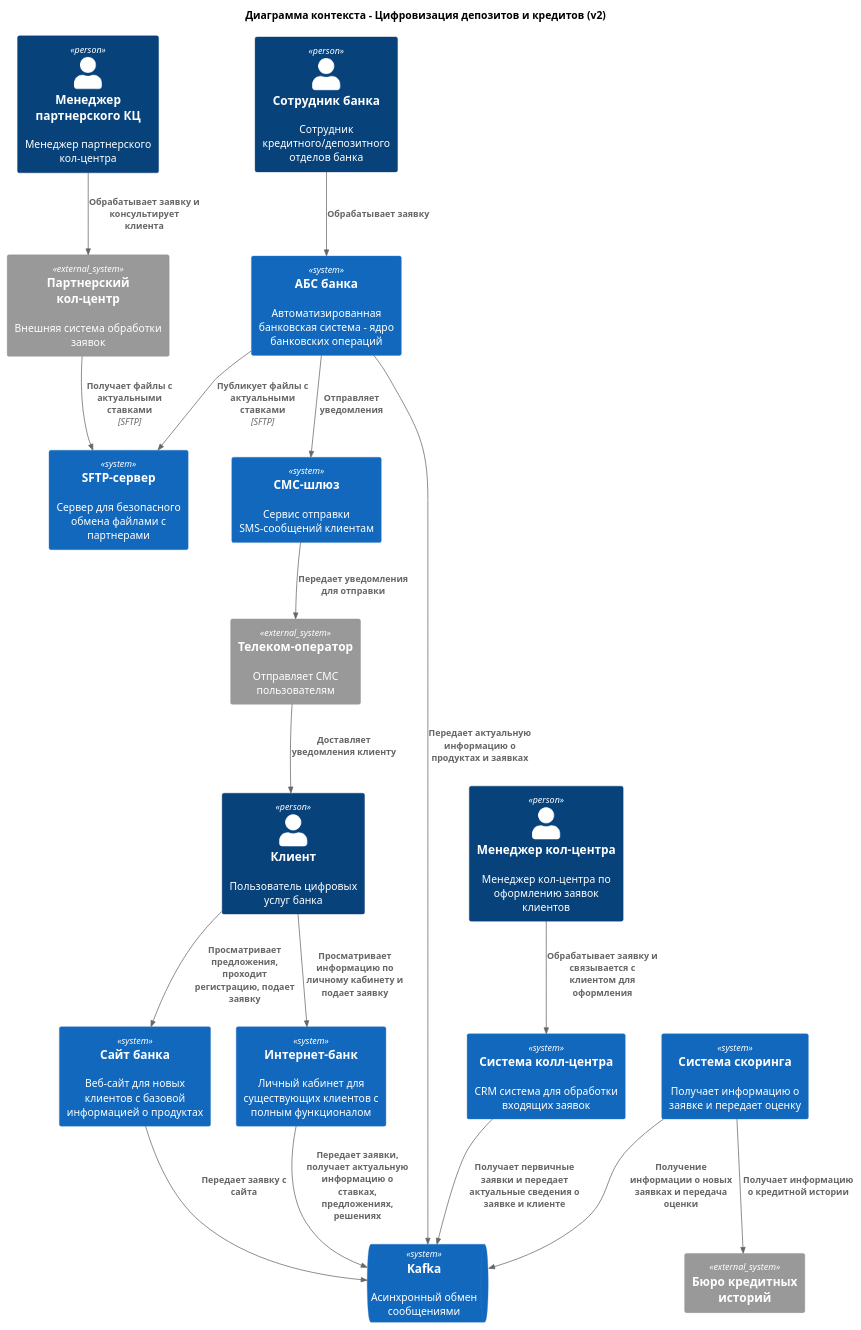
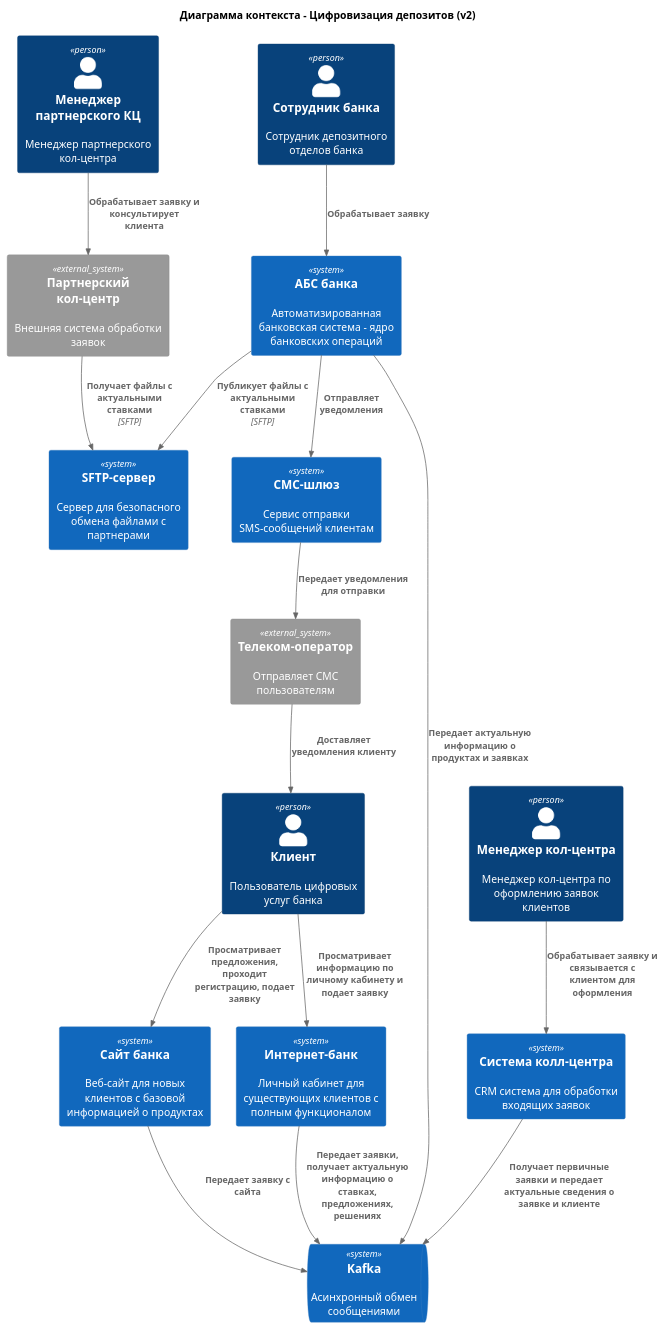
The diagram in Task4/diagrams/Context.puml (xSparKIx/architecture-pro-standart), drawn with PlantUML before and after one commit. The commit also changed 18 other files, not shown here.

```diff
--- a/Task4/diagrams/Context.puml
+++ b/Task4/diagrams/Context.puml
@@ -1,52 +1,48 @@
 @startuml context_diagram
 
 !include ../templates/C4_Context.puml
 
-title Диаграмма контекста - Цифровизация депозитов и кредитов (v2)
+title Диаграмма контекста - Цифровизация депозитов (v2)
 
 Person(client, "Клиент", "Пользователь цифровых услуг банка")
-Person(manager, "Сотрудник банка", "Сотрудник кредитного/депозитного отделов банка")
+Person(manager, "Сотрудник банка", "Сотрудник депозитного отделов банка")
 Person(CallManager, "Менеджер кол-центра", "Менеджер кол-центра по оформлению заявок клиентов")
 Person(PartnerCallManager, "Менеджер партнерского КЦ", "Менеджер партнерского кол-центра")
 
 System(site, "Сайт банка", "Веб-сайт для новых клиентов с базовой информацией о продуктах")
 System(InternetBank, "Интернет-банк", "Личный кабинет для существующих клиентов с полным функционалом")
 System(abc, "АБС банка", "Автоматизированная банковская система - ядро банковских операций")
 System(CallCenter, "Система колл-центра", "CRM система для обработки входящих заявок")
 System_Ext(PartnerCallCenter, "Партнерский кол-центр", "Внешняя система обработки заявок")
 System(SMSGateway, "СМС-шлюз", "Сервис отправки SMS-сообщений клиентам")
 System_Ext(SMSService, "Телеком-оператор", "Отправляет СМС пользователям")
-System_Ext(KreditHistorySystem, "Бюро кредитных историй")
-System(ScoringSystem, "Система скоринга", "Получает информацию о заявке и передает оценку")
 System(SFTPServer, "SFTP-сервер", "Сервер для безопасного обмена файлами с партнерами")
 
 SystemQueue(broker, "Kafka", "Асинхронный обмен сообщениями")
 
 ' Связи клиента
 Rel(client, site, "Просматривает предложения, проходит регистрацию, подает заявку")
 Rel(client, InternetBank, "Просматривает информацию по личному кабинету и подает заявку")
 Rel(SMSService, client, "Доставляет уведомления клиенту")
 
 ' Связи кол-центра
 Rel(site, broker, "Передает заявку с сайта")
 Rel(CallManager, CallCenter, "Обрабатывает заявку и связывается с клиентом для оформления")
 Rel(CallCenter, broker, "Получает первичные заявки и передает актуальные сведения о заявке и клиенте")
 
 ' Связи АБС
 Rel(manager, abc, "Обрабатывает заявку")
 Rel(abc, SMSGateway, "Отправляет уведомления")
 Rel(abc, broker, "Передает актуальную информацию о продуктах и заявках")
 
 ' Связи интернет-банка
 Rel(InternetBank, broker, "Передает заявки, получает актуальную информацию о ставках, предложениях, решениях")
 
 Rel(SMSGateway, SMSService, "Передает уведомления для отправки")
-Rel(ScoringSystem, broker, "Получение информации о новых заявках и передача оценки")
-Rel(ScoringSystem, KreditHistorySystem, "Получает информацию о кредитной истории")
 
 ' Добавление предложений
 Rel(PartnerCallManager, PartnerCallCenter, "Обрабатывает заявку и консультирует клиента")
 Rel(PartnerCallCenter, SFTPServer, "Получает файлы с актуальными ставками", "SFTP")
 Rel(abc, SFTPServer, "Публикует файлы с актуальными ставками", "SFTP")
 
 @enduml
```
